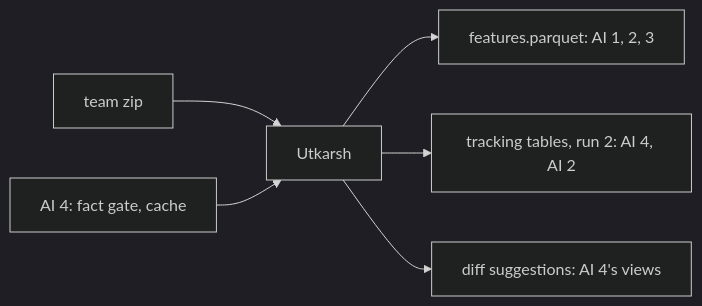
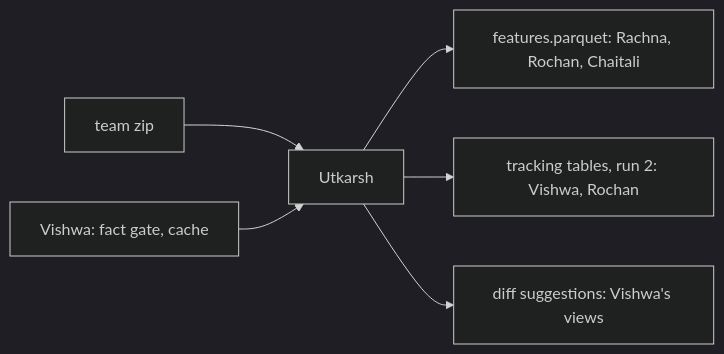
The diagram in Model-Pipeline/packets/utkarsh-data/README.md (Itsme-aniketghosh/Meridian), drawn with Mermaid (dark theme) before and after one commit. The commit also changed other lines of this file and 7 other files, not shown here.

````diff
--- a/Model-Pipeline/packets/utkarsh-data/README.md
+++ b/Model-Pipeline/packets/utkarsh-data/README.md
@@ -12,8 +12,8 @@
 ```mermaid
 flowchart LR
   zip["team zip"] --> me["Utkarsh"]
-  ai4["AI 4: fact gate, cache"] --> me
-  me --> feat["features.parquet: AI 1, 2, 3"]
-  me --> tables["tracking tables, run 2: AI 4, AI 2"]
-  me --> diffs["diff suggestions: AI 4's views"]
+  ai4["Vishwa: fact gate, cache"] --> me
+  me --> feat["features.parquet: Rachna, Rochan, Chaitali"]
+  me --> tables["tracking tables, run 2: Vishwa, Rochan"]
+  me --> diffs["diff suggestions: Vishwa's views"]
 ```
````
